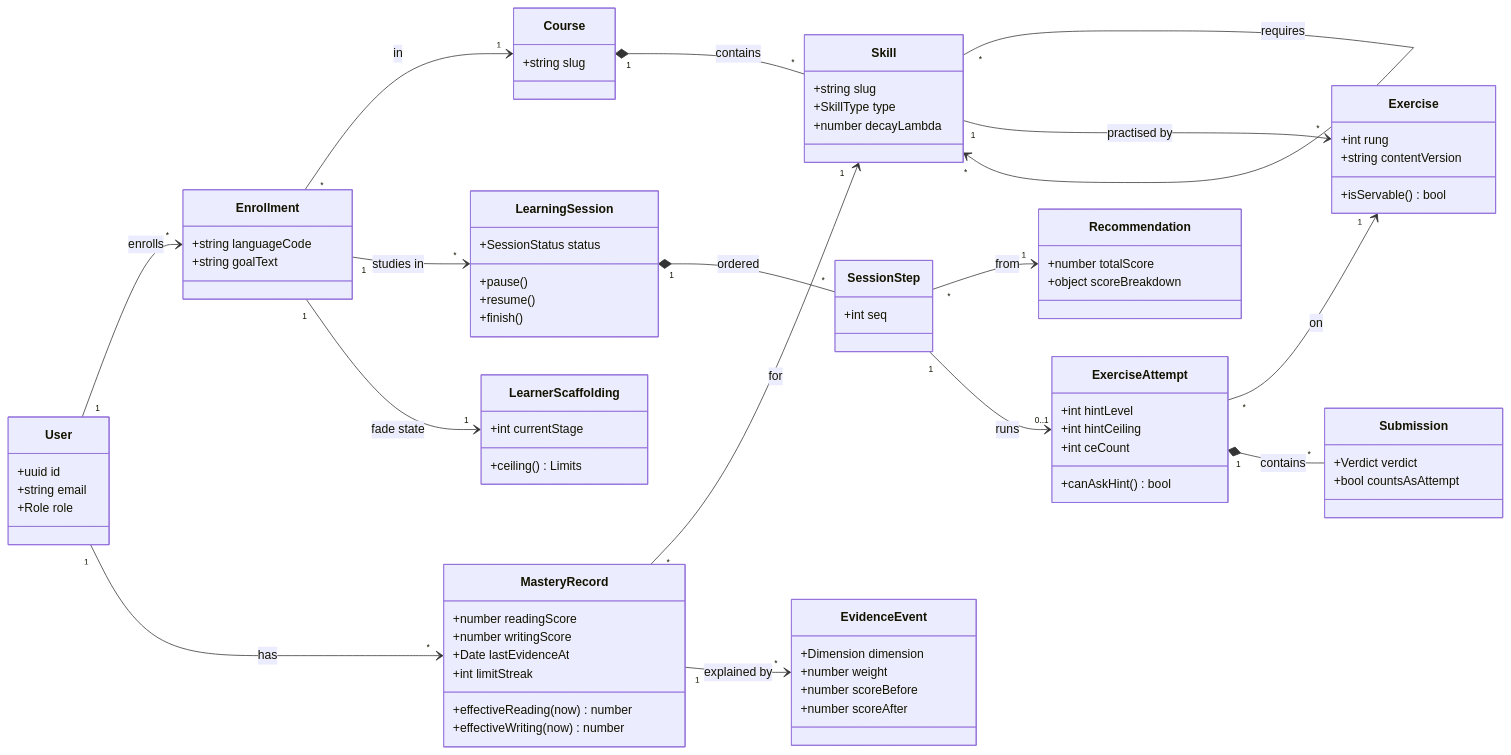
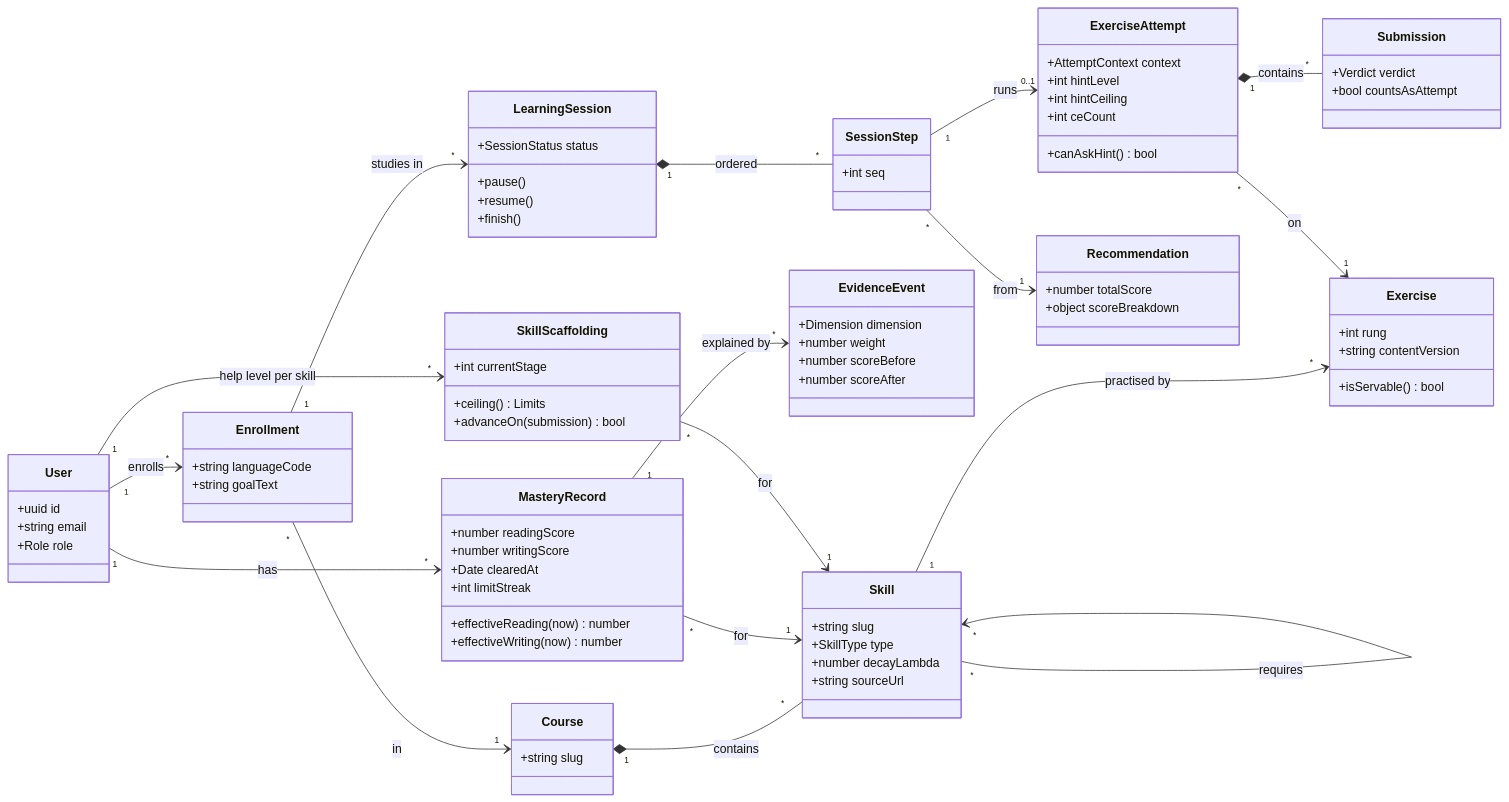
Before and after one commit to Nidanos/ai-tutor-platform: diagram 17 of 32 in DOCS/phase-2/MP3-System-Design.md, drawn with Mermaid. The commit also changed other lines of this file, not shown here.

Commit message:
docs: update Phase 2 design with per-skill fade, schema refinements and auth decisions

````diff
--- a/DOCS/phase-2/MP3-System-Design.md
+++ b/DOCS/phase-2/MP3-System-Design.md
@@ -1034,11 +1138,12 @@
     +string slug
     +SkillType type
     +number decayLambda
+    +string sourceUrl
   }
   class MasteryRecord {
     +number readingScore
     +number writingScore
-    +Date lastEvidenceAt
+    +Date clearedAt
     +int limitStreak
     +effectiveReading(now) number
     +effectiveWriting(now) number
@@ -1055,6 +1160,7 @@
     +isServable() bool
   }
   class ExerciseAttempt {
+    +AttemptContext context
     +int hintLevel
     +int hintCeiling
     +int ceCount
@@ -1077,9 +1183,10 @@
     +number totalScore
     +object scoreBreakdown
   }
-  class LearnerScaffolding {
+  class SkillScaffolding {
     +int currentStage
     +ceiling() Limits
+    +advanceOn(submission) bool
   }
   User "1" --> "*" Enrollment : enrolls
   Enrollment "*" --> "1" Course : in
@@ -1095,5 +1202,6 @@
   LearningSession "1" *-- "*" SessionStep : ordered
   SessionStep "*" --> "1" Recommendation : from
   SessionStep "1" --> "0..1" ExerciseAttempt : runs
-  Enrollment "1" --> "1" LearnerScaffolding : fade state
+  User "1" --> "*" SkillScaffolding : help level per skill
+  SkillScaffolding "*" --> "1" Skill : for
 ```
````
